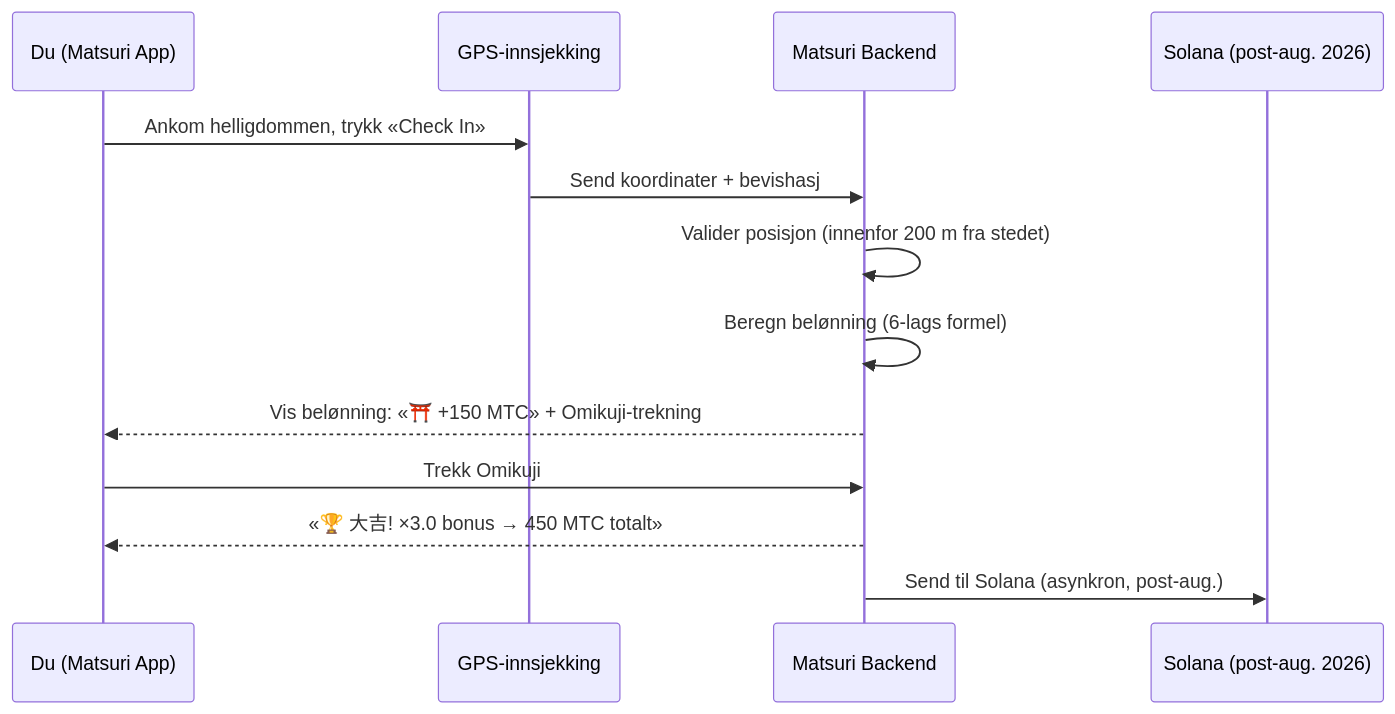
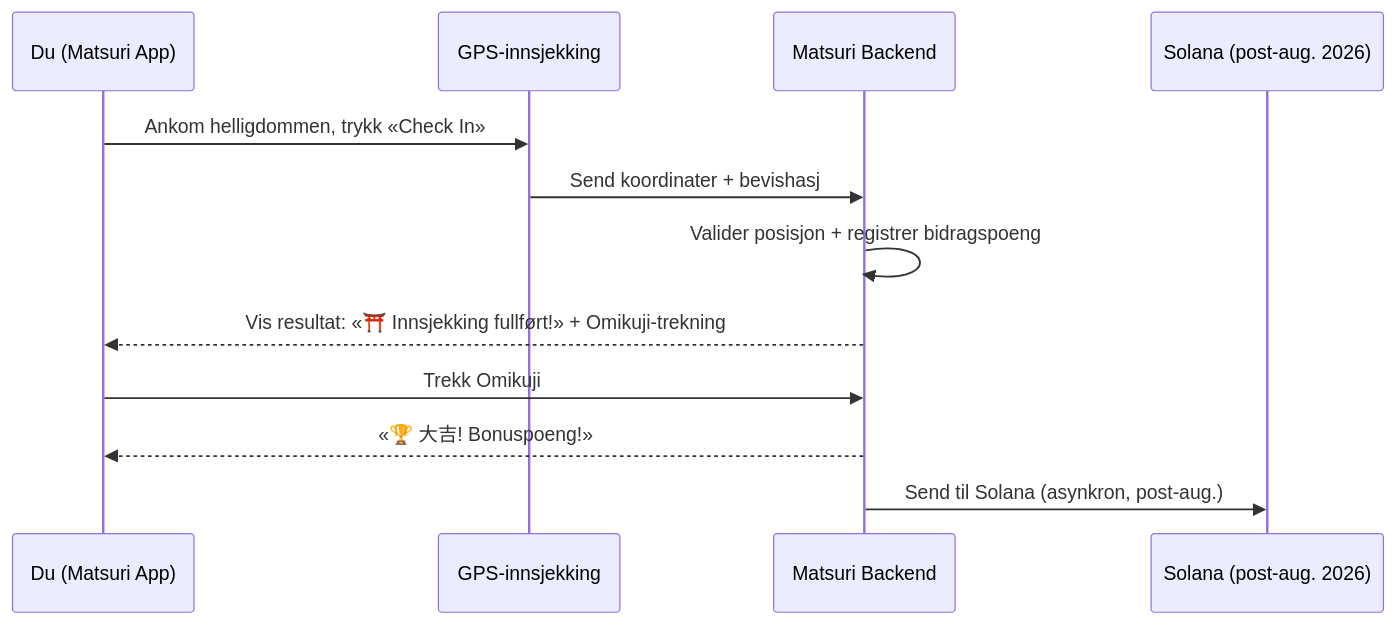
Before and after one commit to Cootakahashi/matsuri-dao-whitepaper: the second of 3 diagrams in i18n/nb/docusaurus-plugin-content-docs/current/04b-how-to-earn.md, drawn with Mermaid. The commit also changed other lines of this file and 51 other files, not shown here.

````diff
--- a/i18n/nb/docusaurus-plugin-content-docs/current/04b-how-to-earn.md
+++ b/i18n/nb/docusaurus-plugin-content-docs/current/04b-how-to-earn.md
@@ -76,16 +76,15 @@
 ```mermaid
 sequenceDiagram
     participant U as Du (Matsuri App)
     participant GPS as GPS-innsjekking
     participant API as Matsuri Backend
     participant SC as Solana (post-aug. 2026)
 
     U->>GPS: Ankom helligdommen, trykk «Check In»
     GPS->>API: Send koordinater + bevishasj
-    API->>API: Valider posisjon (innenfor 200 m fra stedet)
-    API->>API: Beregn belønning (6-lags formel)
-    API-->>U: Vis belønning: «⛩️ +150 MTC» + Omikuji-trekning
+    API->>API: Valider posisjon + registrer bidragspoeng
+    API-->>U: Vis resultat: «⛩️ Innsjekking fullført!» + Omikuji-trekning
     U->>API: Trekk Omikuji
-    API-->>U: «🏆 大吉! ×3.0 bonus → 450 MTC totalt»
+    API-->>U: «🏆 大吉! Bonuspoeng!»
     API->>SC: Send til Solana (asynkron, post-aug.)
 ```
````
